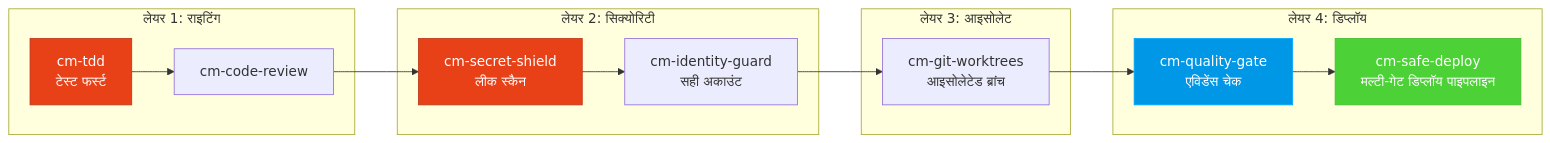
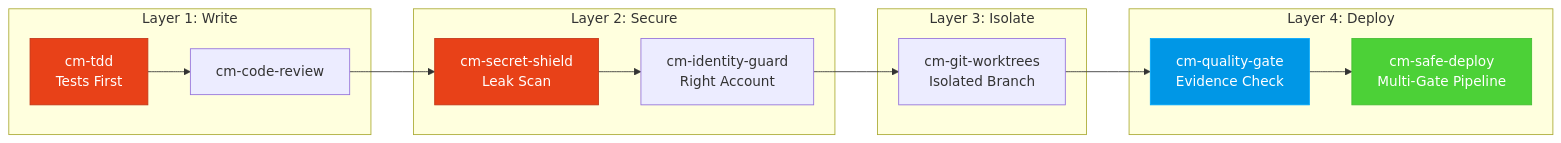
The third of 3 diagrams in README-hi.md (tody-agent/codymaster), drawn with Mermaid before and after one commit. The commit also changed other lines of this file and 27 other files, not shown here.

````diff
--- a/README-hi.md
+++ b/README-hi.md
@@ -109,19 +109,19 @@
 ```mermaid
 flowchart LR
-    subgraph "लेयर 1: राइटिंग"
-        A["cm-tdd<br/>टेस्ट फर्स्ट"] --> B["cm-code-review"]
+    subgraph "Layer 1: Write"
+        A["cm-tdd<br/>Tests First"] --> B["cm-code-review"]
     end
-    subgraph "लेयर 2: सिक्योरिटी"
-        B --> C["cm-secret-shield<br/>लीक स्कैन"] --> D["cm-identity-guard<br/>सही अकाउंट"]
+    subgraph "Layer 2: Secure"
+        B --> C["cm-secret-shield<br/>Leak Scan"] --> D["cm-identity-guard<br/>Right Account"]
     end
-    subgraph "लेयर 3: आइसोलेट"
-        D --> E["cm-git-worktrees<br/>आइसोलेटेड ब्रांच"]
+    subgraph "Layer 3: Isolate"
+        D --> E["cm-git-worktrees<br/>Isolated Branch"]
     end
-    subgraph "लेयर 4: डिप्लॉय"
-        E --> F["cm-quality-gate<br/>एविडेंस चेक"] --> G["cm-safe-deploy<br/>मल्टी-गेट डिप्लॉय पाइपलाइन"]
+    subgraph "Layer 4: Deploy"
+        E --> F["cm-quality-gate<br/>Evidence Check"] --> G["cm-safe-deploy<br/>Multi-Gate Pipeline"]
     end
     style A fill:#e84118,stroke:#c23616,color:#fff
     style C fill:#e84118,stroke:#c23616,color:#fff
     style F fill:#0097e6,stroke:#00a8ff,color:#fff
     style G fill:#4cd137,stroke:#44bd32,color:#fff
 ```
````
